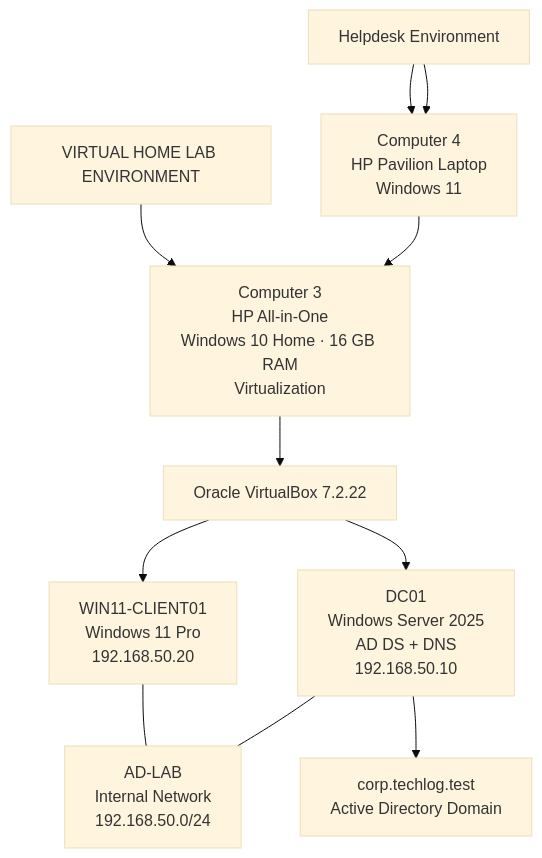
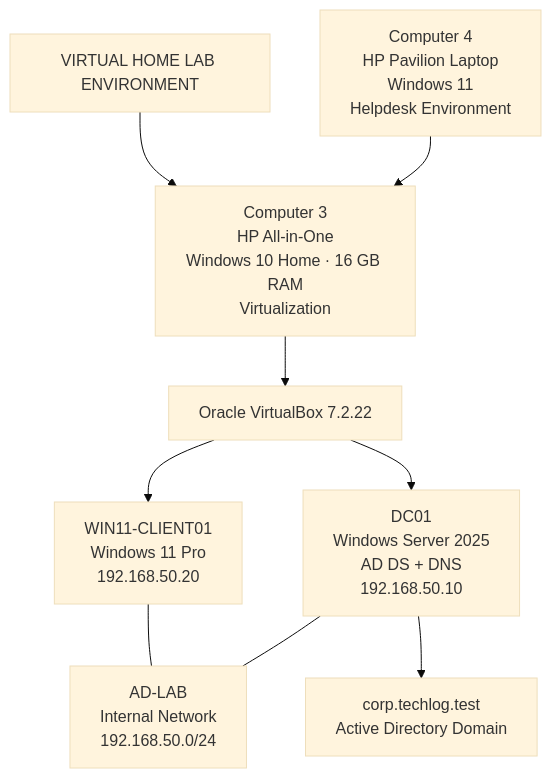
One commit to aang81a/my-it-support-portfolio changed the second of 2 diagrams in PROJECTS/01-lab-environment/lab-environment-overview.md. Above: the diagram before and after it, drawn with Mermaid (base theme).

````diff
--- a/PROJECTS/01-lab-environment/lab-environment-overview.md
+++ b/PROJECTS/01-lab-environment/lab-environment-overview.md
@@ -47,25 +47,24 @@
 ```mermaid
 flowchart TB
     HOME["VIRTUAL HOME LAB ENVIRONMENT"]
-    TITLE["Helpdesk Environment"]
+    C4["Computer 4<br/>HP Pavilion Laptop<br/>Windows 11<br/>Helpdesk Environment"]
 
     C3["Computer 3<br/>HP All-in-One<br/>Windows 10 Home · 16 GB RAM<br/>Virtualization"]
-    C4["Computer 4<br/>HP Pavilion Laptop<br/>Windows 11"]
+    
 
     VB["Oracle VirtualBox 7.2.22"]
     CLIENT["WIN11-CLIENT01<br/>Windows 11 Pro<br/>192.168.50.20"]
     SERVER["DC01<br/>Windows Server 2025<br/>AD DS + DNS<br/>192.168.50.10"]
     NETWORK["AD-LAB<br/>Internal Network<br/>192.168.50.0/24"]
     DOMAIN["corp.techlog.test<br/>Active Directory Domain"]
 
     HOME --> C3
-    TITLE --> C4
-    TITLE --> C4 --> C3
+    C4 --> C3
 
     C3 --> VB
     VB --> CLIENT
     VB --> SERVER
     CLIENT --- NETWORK
     SERVER --- NETWORK
     SERVER --> DOMAIN
 ```
````
